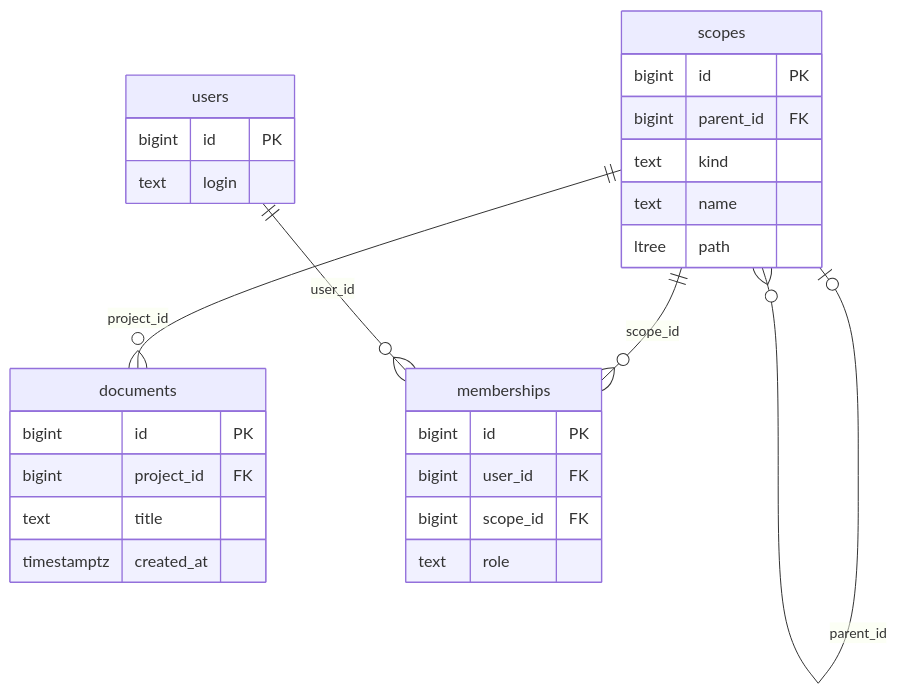
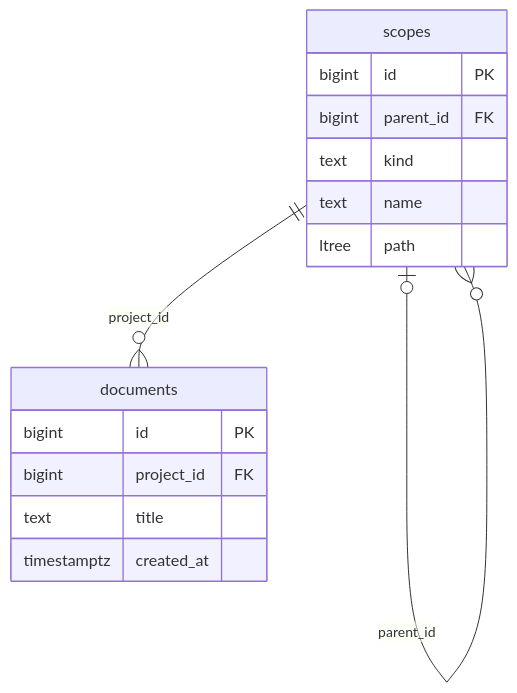
One commit to driftnode986/postgresql-db-design-samples changed the second of 9 diagrams in ch12_permission/README.md. Above: the diagram before and after it, drawn with Mermaid. The commit also changed other lines of this file and 15 other files, not shown here.

First line of the commit message:
docs: 設計案の構成図を縦並びにし、幅の広い ER 図を分けて、GitHub で縮まない大きさにする

````diff
--- a/ch12_permission/README.md
+++ b/ch12_permission/README.md
@@ -37,30 +37,18 @@
 ```mermaid
 erDiagram
   documents {
     bigint id PK
     bigint project_id FK
     text title
     timestamptz created_at
   }
-  memberships {
-    bigint id PK
-    bigint user_id FK
-    bigint scope_id FK
-    text role
-  }
   scopes {
     bigint id PK
     bigint parent_id FK
     text kind
     text name
     ltree path
   }
-  users {
-    bigint id PK
-    text login
-  }
   scopes ||--o{ documents : "project_id"
-  scopes ||--o{ memberships : "scope_id"
-  users ||--o{ memberships : "user_id"
   scopes |o--o{ scopes : "parent_id"
 ```
````
